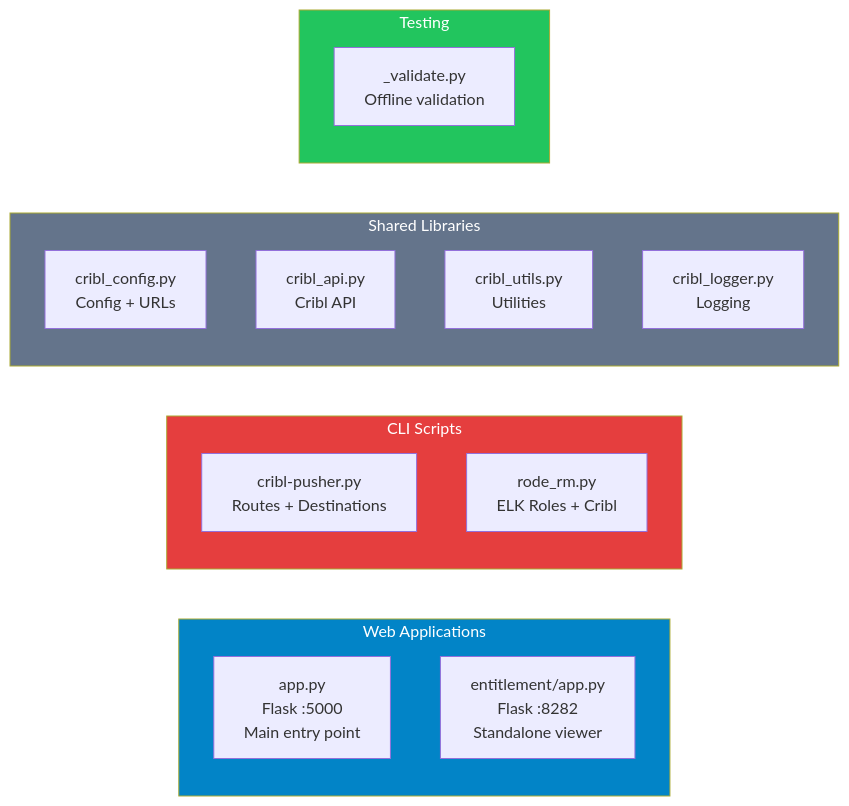
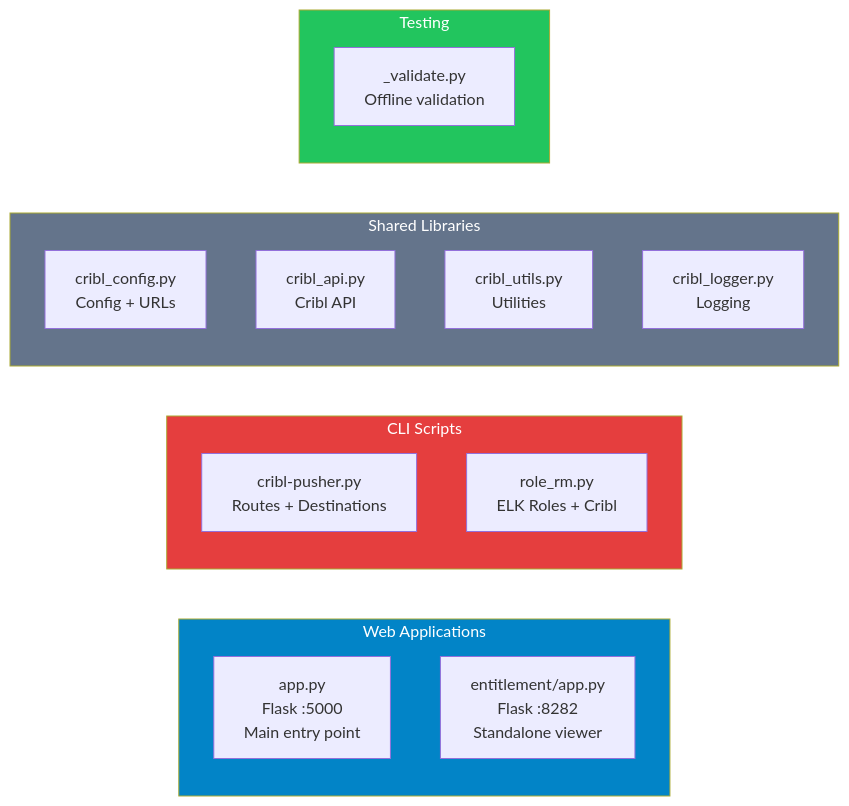
One commit to ambalbek/crud_cribl-elk changed the second of 10 diagrams in flowchart-python.md. Above: the diagram before and after it, drawn with Mermaid. The commit also changed other lines of this file and 15 other files, not shown here.

Commit message:
updated flow

````diff
--- a/flowchart-python.md
+++ b/flowchart-python.md
@@ -46,28 +46,28 @@
 ```mermaid
 flowchart LR
     subgraph WEB["Web Applications"]
         APP["app.py<br>Flask :5000<br>Main entry point"]
         ENT["entitlement/app.py<br>Flask :8282<br>Standalone viewer"]
     end
 
     subgraph CLI["CLI Scripts"]
         PUSHER["cribl-pusher.py<br>Routes + Destinations"]
-        RODE["rode_rm.py<br>ELK Roles + Cribl"]
+        RODE["role_rm.py<br>ELK Roles + Cribl"]
     end
 
     subgraph LIB["Shared Libraries"]
         CONFIG["cribl_config.py<br>Config + URLs"]
         API["cribl_api.py<br>Cribl API"]
         UTILS["cribl_utils.py<br>Utilities"]
         LOGGER["cribl_logger.py<br>Logging"]
     end
 
     subgraph TEST["Testing"]
         VAL["_validate.py<br>Offline validation"]
     end
 
     style WEB fill:#0284c7,color:#fff
     style CLI fill:#e53e3e,color:#fff
     style LIB fill:#64748b,color:#fff
     style TEST fill:#22c55e,color:#fff
 ```
````
